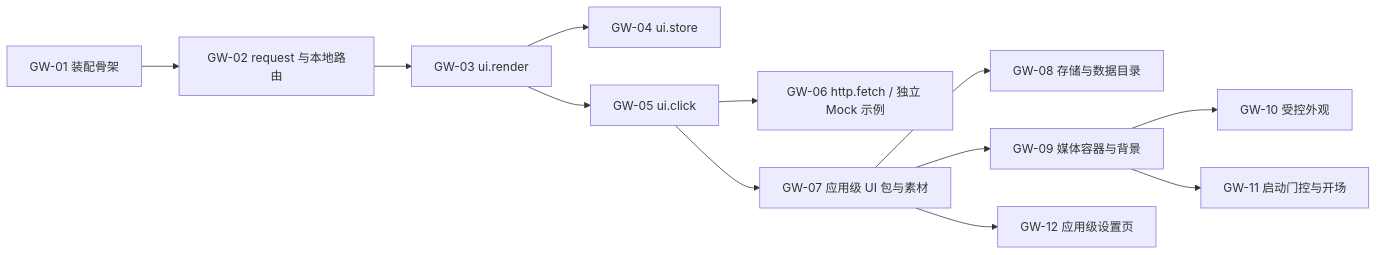
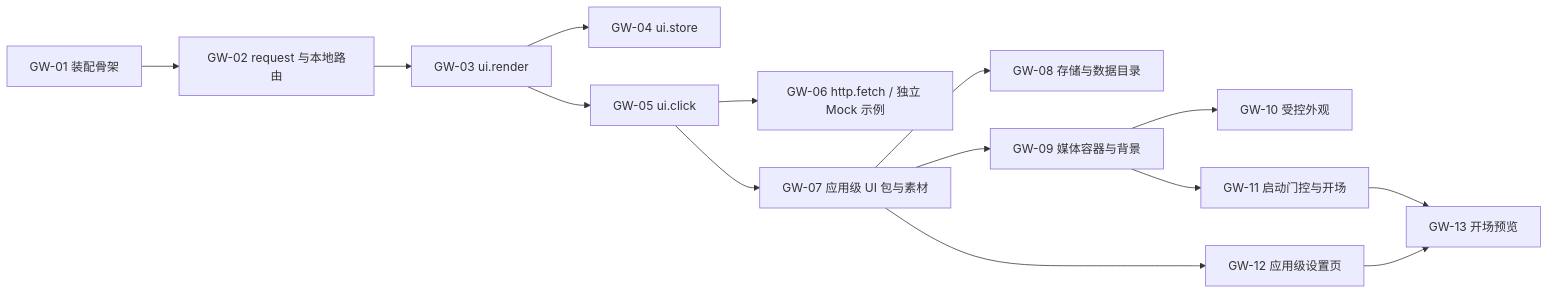
One commit to openJiuwen-ai/jiuwenswarm changed the diagram in jiuwenswarm/gateway/extensions_v2/docs/designs/extensions-v2-development-plan.md. Above: the diagram before and after it, drawn with Mermaid. The commit also changed other lines of this file and 14 other files, not shown here.

````diff
--- a/jiuwenswarm/gateway/extensions_v2/docs/designs/extensions-v2-development-plan.md
+++ b/jiuwenswarm/gateway/extensions_v2/docs/designs/extensions-v2-development-plan.md
@@ -38,14 +39,16 @@
 ```mermaid
 flowchart LR
     G1["GW-01 装配骨架"] --> G2["GW-02 request 与本地路由"]
     G2 --> G3["GW-03 ui.render"]
     G3 --> G4["GW-04 ui.store"]
     G3 --> G5["GW-05 ui.click"]
     G5 --> G6["GW-06 http.fetch / 独立 Mock 示例"]
     G5 --> G7["GW-07 应用级 UI 包与素材"]
     G7 --> G8["GW-08 存储与数据目录"]
     G7 --> G9["GW-09 媒体容器与背景"]
     G9 --> G10["GW-10 受控外观"]
     G9 --> G11["GW-11 启动门控与开场"]
     G7 --> G12["GW-12 应用级设置页"]
+    G11 --> G13["GW-13 开场预览"]
+    G12 --> G13
 ```
````
